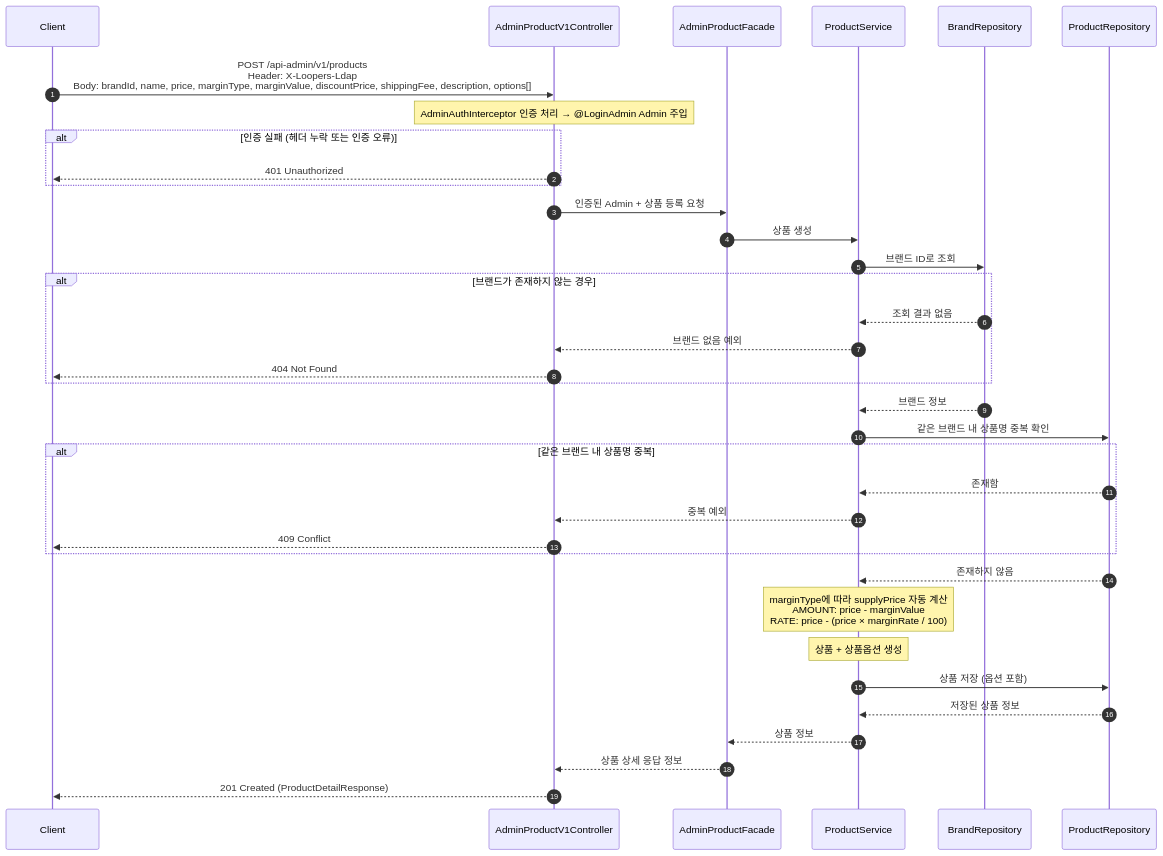
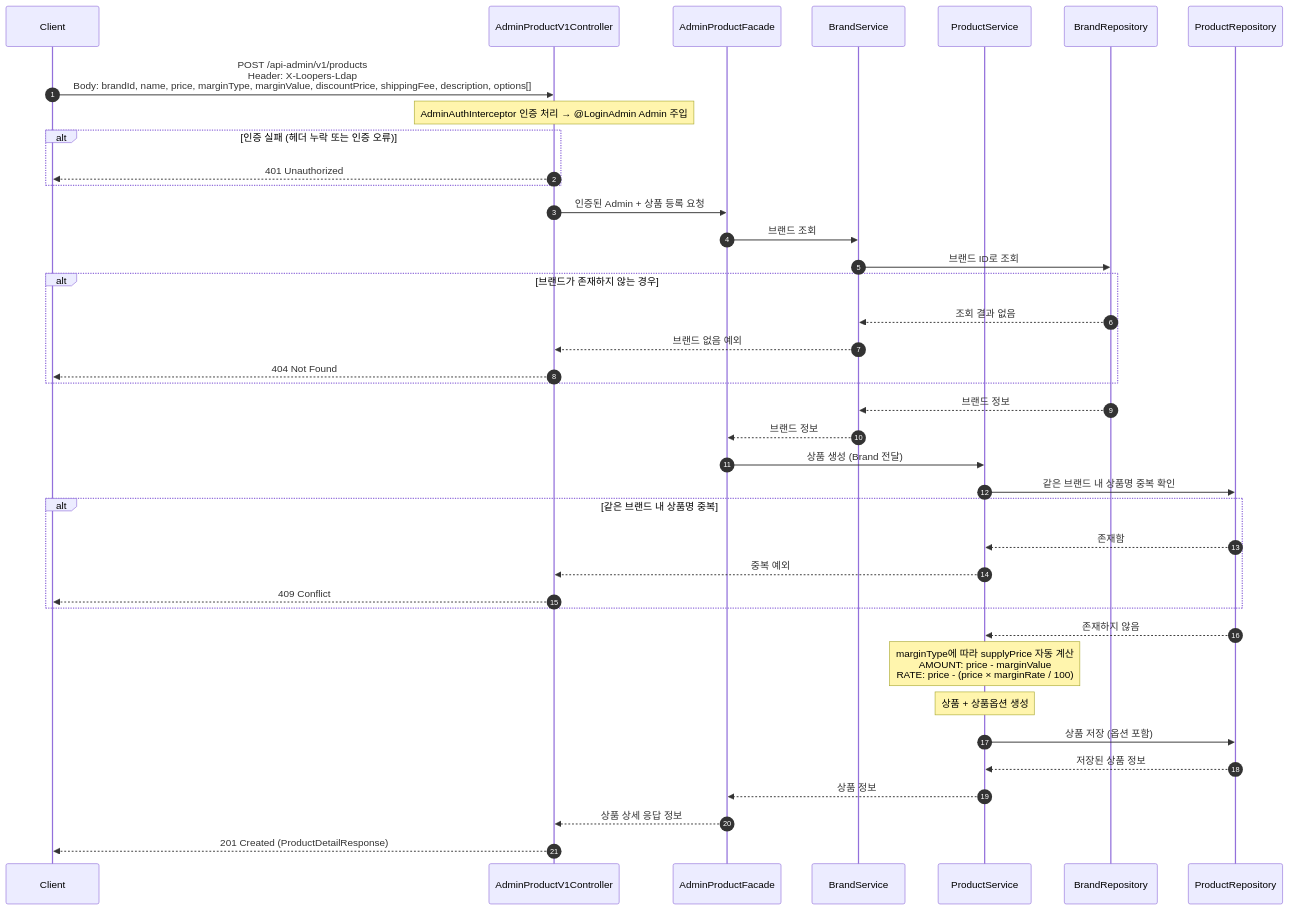
Diagram 18 of 20 in docs/design/02-sequence-diagrams.md (jsj1215/loop-pack-be-l2-vol3-java), drawn with Mermaid before and after one commit. The commit also changed other lines of this file and 1 other file, not shown here.

````diff
--- a/docs/design/02-sequence-diagrams.md
+++ b/docs/design/02-sequence-diagrams.md
@@ -823,47 +826,52 @@
 ```mermaid
 sequenceDiagram
     autonumber
     participant Client
     participant Controller as AdminProductV1Controller
     participant Facade as AdminProductFacade
-    participant Service as ProductService
+    participant BrandService as BrandService
+    participant ProductService as ProductService
     participant BrandRepo as BrandRepository
     participant ProductRepo as ProductRepository
 
     Client->>Controller: POST /api-admin/v1/products<br/>Header: X-Loopers-Ldap<br/>Body: brandId, name, price, marginType, marginValue, discountPrice, shippingFee, description, options[]
 
     Note over Controller: AdminAuthInterceptor 인증 처리 → @LoginAdmin Admin 주입
     alt 인증 실패 (헤더 누락 또는 인증 오류)
         Controller-->>Client: 401 Unauthorized
     end
 
     Controller->>Facade: 인증된 Admin + 상품 등록 요청
-    Facade->>Service: 상품 생성
-    Service->>BrandRepo: 브랜드 ID로 조회
+
+    Facade->>BrandService: 브랜드 조회
+    BrandService->>BrandRepo: 브랜드 ID로 조회
 
     alt 브랜드가 존재하지 않는 경우
-        BrandRepo-->>Service: 조회 결과 없음
-        Service-->>Controller: 브랜드 없음 예외
+        BrandRepo-->>BrandService: 조회 결과 없음
+        BrandService-->>Controller: 브랜드 없음 예외
         Controller-->>Client: 404 Not Found
     end
 
-    BrandRepo-->>Service: 브랜드 정보
+    BrandRepo-->>BrandService: 브랜드 정보
+    BrandService-->>Facade: 브랜드 정보
 
-    Service->>ProductRepo: 같은 브랜드 내 상품명 중복 확인
+    Facade->>ProductService: 상품 생성 (Brand 전달)
+
+    ProductService->>ProductRepo: 같은 브랜드 내 상품명 중복 확인
 
     alt 같은 브랜드 내 상품명 중복
-        ProductRepo-->>Service: 존재함
-        Service-->>Controller: 중복 예외
+        ProductRepo-->>ProductService: 존재함
+        ProductService-->>Controller: 중복 예외
         Controller-->>Client: 409 Conflict
     end
 
-    ProductRepo-->>Service: 존재하지 않음
+    ProductRepo-->>ProductService: 존재하지 않음
 
-    Note over Service: marginType에 따라 supplyPrice 자동 계산<br/>AMOUNT: price - marginValue<br/>RATE: price - (price × marginRate / 100)
-    Note over Service: 상품 + 상품옵션 생성
-    Service->>ProductRepo: 상품 저장 (옵션 포함)
-    ProductRepo-->>Service: 저장된 상품 정보
-    Service-->>Facade: 상품 정보
+    Note over ProductService: marginType에 따라 supplyPrice 자동 계산<br/>AMOUNT: price - marginValue<br/>RATE: price - (price × marginRate / 100)
+    Note over ProductService: 상품 + 상품옵션 생성
+    ProductService->>ProductRepo: 상품 저장 (옵션 포함)
+    ProductRepo-->>ProductService: 저장된 상품 정보
+    ProductService-->>Facade: 상품 정보
     Facade-->>Controller: 상품 상세 응답 정보
     Controller-->>Client: 201 Created (ProductDetailResponse)
 ```
````
